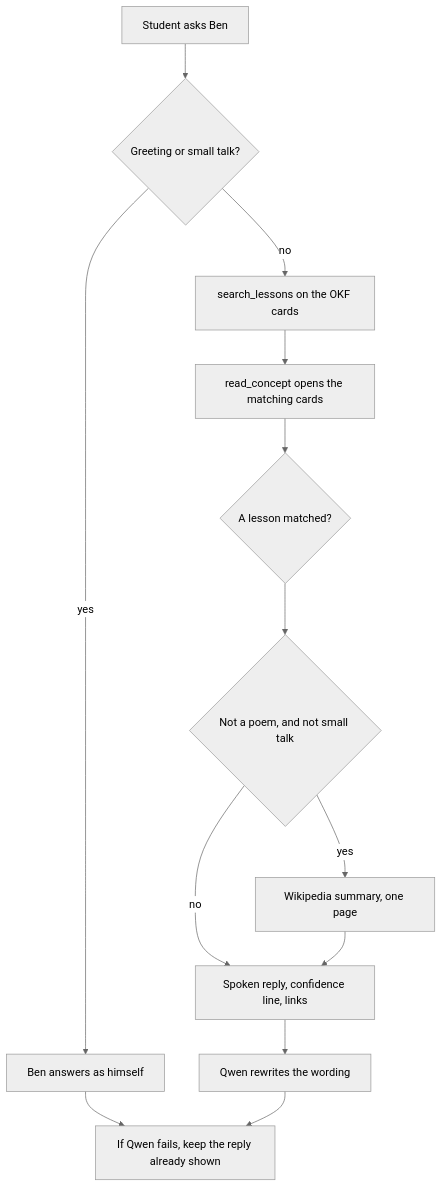
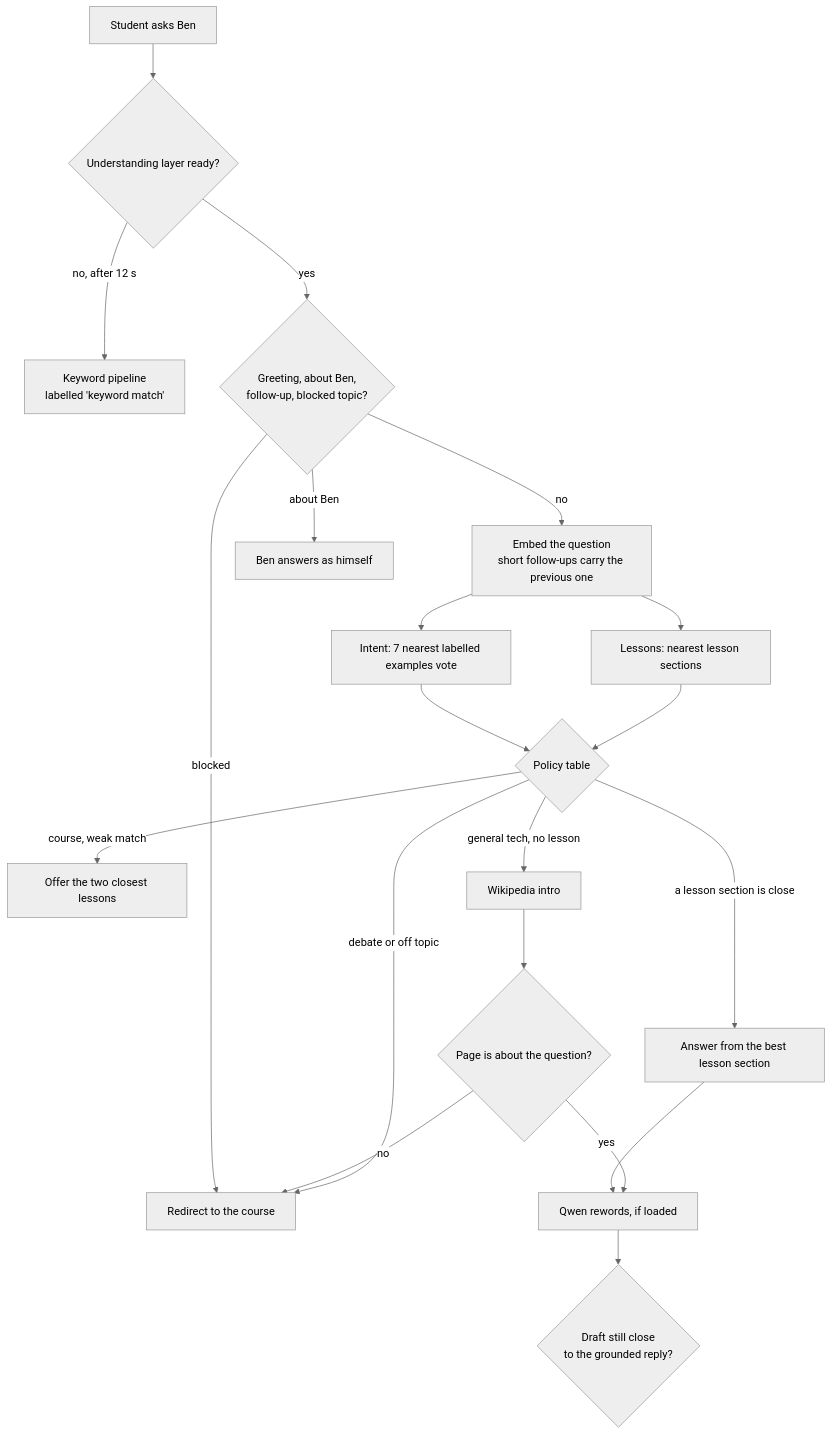
One commit to veeresh-bikkaneti/system-design-and-architecture changed the diagram in docs/ai-tutor.md. Above: the diagram before and after it, drawn with Mermaid (neutral theme). The commit also changed other lines of this file and 29 other files, not shown here.

````diff
--- a/docs/ai-tutor.md
+++ b/docs/ai-tutor.md
@@ -23,27 +27,33 @@
 ```mermaid
 flowchart TD
   ask[Student asks Ben]
-  social{Greeting or small talk?}
-  hello[Ben answers as himself]
-  cards[search_lessons on the OKF cards]
-  read[read_concept opens the matching cards]
-  scope{A lesson matched?}
-  wiki{Not a poem, and not small talk}
-  page[Wikipedia summary, one page]
-  compose[Spoken reply, confidence line, links]
-  qwen[Qwen rewrites the wording]
-  keep[If Qwen fails, keep the reply already shown]
+  ready{Understanding layer ready?}
+  kw[Keyword pipeline<br/>labelled 'keyword match']
+  rules{Greeting, about Ben,<br/>follow-up, blocked topic?}
+  embed[Embed the question<br/>short follow-ups carry the previous one]
+  vote[Intent: 7 nearest labelled examples vote]
+  rank[Lessons: nearest lesson sections]
+  policy{Policy table}
+  self[Ben answers as himself]
+  lesson[Answer from the best lesson section]
+  clarify[Offer the two closest lessons]
+  lookup[Wikipedia intro]
+  fit{Page is about the question?}
+  redirect[Redirect to the course]
+  qwen[Qwen rewords, if loaded]
+  keep{Draft still close<br/>to the grounded reply?}
 
-  ask --> social
-  social -->|yes| hello
-  social -->|no| cards
-  cards --> read
-  read --> scope
-  scope --> wiki
-  wiki -->|yes| page
-  wiki -->|no| compose
-  page --> compose
-  hello --> keep
-  compose --> qwen
-  qwen --> keep
+  ask --> ready
+  ready -->|no, after 12 s| kw
+  ready -->|yes| rules
+  rules -->|about Ben| self
+  rules -->|blocked| redirect
+  rules -->|no| embed --> vote & rank --> policy
+  policy -->|a lesson section is close| lesson
+  policy -->|course, weak match| clarify
+  policy -->|general tech, no lesson| lookup --> fit
+  fit -->|no| redirect
+  policy -->|debate or off topic| redirect
+  lesson --> qwen --> keep
+  fit -->|yes| qwen
 ```
````
